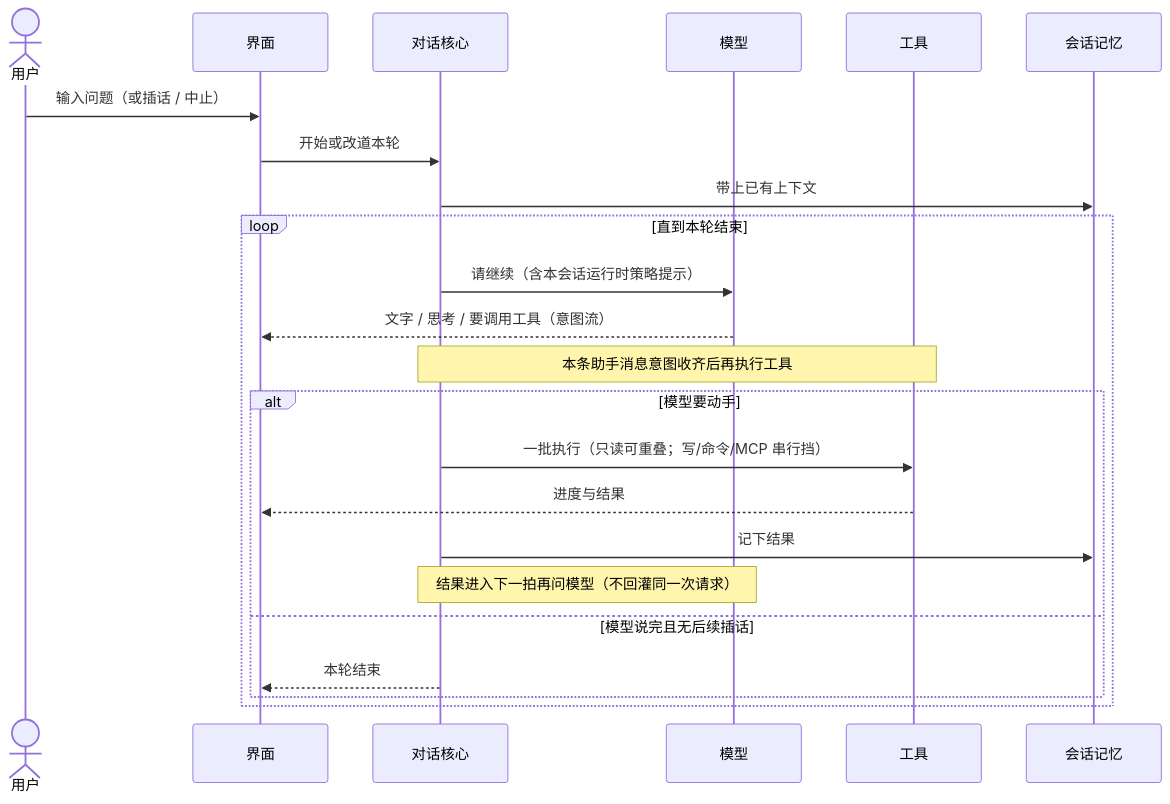
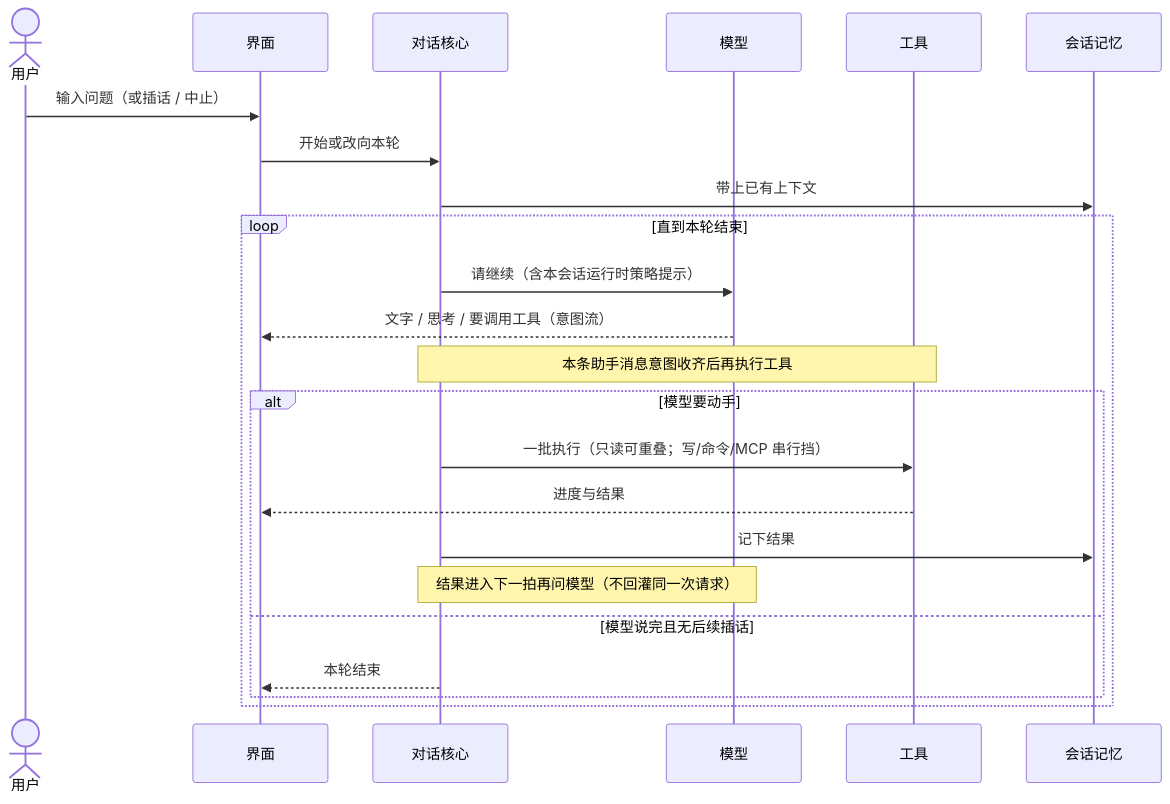
The diagram in docs/architecture/一轮对话.md (StrayDragon/xylitol), drawn with Mermaid before and after one commit. The commit also changed other lines of this file and 44 other files, not shown here.

````diff
--- a/docs/architecture/一轮对话.md
+++ b/docs/architecture/一轮对话.md
@@ -12,26 +12,26 @@
 ```mermaid
 sequenceDiagram
   actor U as 用户
   participant UI as 界面
   participant Agent as 对话核心
   participant Model as 模型
   participant Tools as 工具
   participant Mem as 会话记忆
 
   U->>UI: 输入问题（或插话 / 中止）
-  UI->>Agent: 开始或改道本轮
+  UI->>Agent: 开始或改向本轮
   Agent->>Mem: 带上已有上下文
   loop 直到本轮结束
     Agent->>Model: 请继续（含本会话运行时策略提示）
     Model-->>UI: 文字 / 思考 / 要调用工具（意图流）
     Note over Agent,Tools: 本条助手消息意图收齐后再执行工具
     alt 模型要动手
       Agent->>Tools: 一批执行（只读可重叠；写/命令/MCP 串行挡）
       Tools-->>UI: 进度与结果
       Agent->>Mem: 记下结果
       Note over Agent,Model: 结果进入下一拍再问模型（不回灌同一次请求）
     else 模型说完且无后续插话
       Agent-->>UI: 本轮结束
     end
   end
 ```
````
